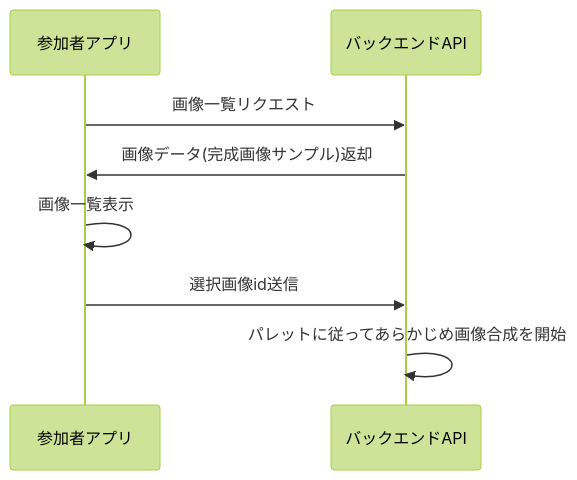
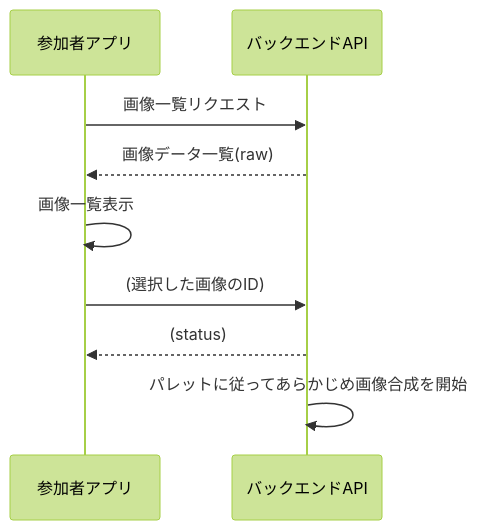
One commit to after-school-garbage-squad/repaint-architecture changed the third of 9 diagrams in docs/sequence/mobile.md. Above: the diagram before and after it, drawn with Mermaid (forest theme). The commit also changed other lines of this file and 3 other files, not shown here.

````diff
--- a/docs/sequence/mobile.md
+++ b/docs/sequence/mobile.md
@@ -35,11 +35,12 @@
 ```mermaid
 sequenceDiagram
     participant app as 参加者アプリ
     participant back as バックエンドAPI
     app ->> back: 画像一覧リクエスト
-    back ->> app: 画像データ(完成画像サンプル)返却
+    back -->> app: 画像データ一覧(raw)
     app ->> app: 画像一覧表示
-    app ->> back: 選択画像id送信
+    app ->> back: (選択した画像のID)
+    back -->> app: (status)
     back ->> back: パレットに従ってあらかじめ画像合成を開始
 
 ```
````
